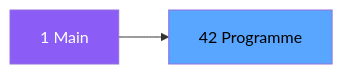
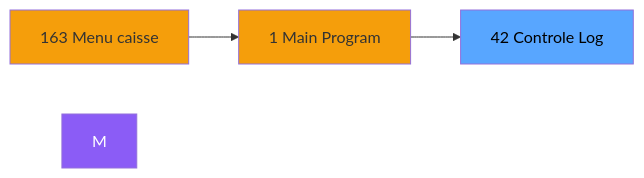
The second of 3 diagrams in .openspec/specs/ADH-IDE-42.md (thonyAGP/magic-migration), drawn with Mermaid before and after one commit. The commit also changed other lines of this file and 323 other files, not shown here.

````diff
--- a/.openspec/specs/ADH-IDE-42.md
+++ b/.openspec/specs/ADH-IDE-42.md
@@ -98,8 +111,12 @@
 ```mermaid
 graph LR
-    M[1 Main]
-    T[42 Programme]
-    M --> T
+    N163[163 Menu caisse ]
+    N1[1 Main Program]
+    T[42 Controle Log]
+    N163 --> N1
+    N1 --> T
     style M fill:#8b5cf6,color:#fff
+    style N163 fill:#f59e0b
+    style N1 fill:#f59e0b
     style T fill:#58a6ff,color:#000
 ```
````
